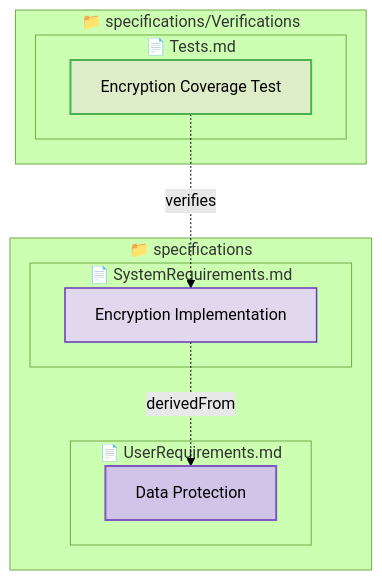
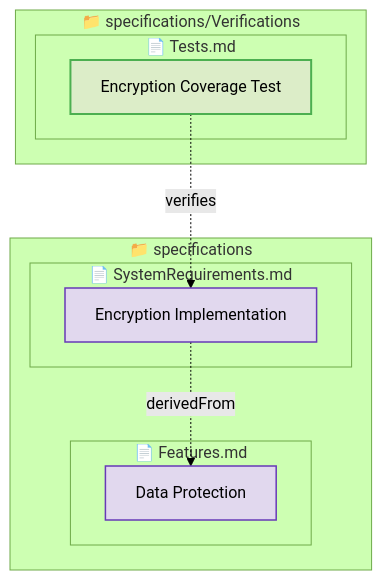
One commit to reqvire-org/reqvire changed the third of 6 diagrams in tests/test-verification-traces/expected/expected_redundant_output.md. Above: the diagram before and after it, drawn with Mermaid (forest theme). The commit also changed other lines of this file and 446 other files, not shown here.

````diff
--- a/tests/test-verification-traces/expected/expected_redundant_output.md
+++ b/tests/test-verification-traces/expected/expected_redundant_output.md
@@ -89,29 +89,29 @@
 ```mermaid
 graph TD
-  classDef userRequirement fill:#D1C4E9,stroke:#7E57C2,stroke-width:2px;
+  classDef feature fill:#BBDEFB,stroke:#1976D2,stroke-width:2.5px;
   classDef systemRequirement fill:#E1D8EE,stroke:#673AB7,stroke-width:1.5px;
   classDef requirement fill:#ECEFF1,stroke:#673AB7,stroke-width:1.5px;
   classDef verification fill:#DCEDC8,stroke:#4CAF50,stroke-width:2px;
   classDef folder fill:#FAFAFA,stroke:#9E9E9E,stroke-width:3px;
   classDef file fill:#FFF8E1,stroke:#FFCA28,stroke-width:2px;
   classDef default fill:#F5F5F5,stroke:#424242,stroke-width:1.5px;
 
   subgraph 9d68b769fcbc79d0["📁 specifications"]
+    subgraph 52b96646352f3ec7["📄 Features.md"]
+      2964ce5888d0c623["Data Protection"]:::systemRequirement
+      click 2964ce5888d0c623 "specifications/Features.md#data-protection";
+    end
     subgraph 77808752d543f615["📄 SystemRequirements.md"]
       3fd7be966f178672["Encryption Implementation"]:::systemRequirement
       click 3fd7be966f178672 "specifications/SystemRequirements.md#encryption-implementation";
-    end
-    subgraph 6e2c14866f0b0117["📄 UserRequirements.md"]
-      b438e866c4f1f7cb["Data Protection"]:::userRequirement
-      click b438e866c4f1f7cb "specifications/UserRequirements.md#data-protection";
     end
   end
   subgraph 9f0649e759bd2822["📁 specifications/Verifications"]
     subgraph 7d9dffd79ed1d5b8["📄 Tests.md"]
       82679469251afa07["Encryption Coverage Test"]:::verification
       click 82679469251afa07 "specifications/Verifications/Tests.md#encryption-coverage-test";
     end
   end
   82679469251afa07 -.->|verifies| 3fd7be966f178672;
-  3fd7be966f178672 -.->|derivedFrom| b438e866c4f1f7cb;
+  3fd7be966f178672 -.->|derivedFrom| 2964ce5888d0c623;
 ```
````
